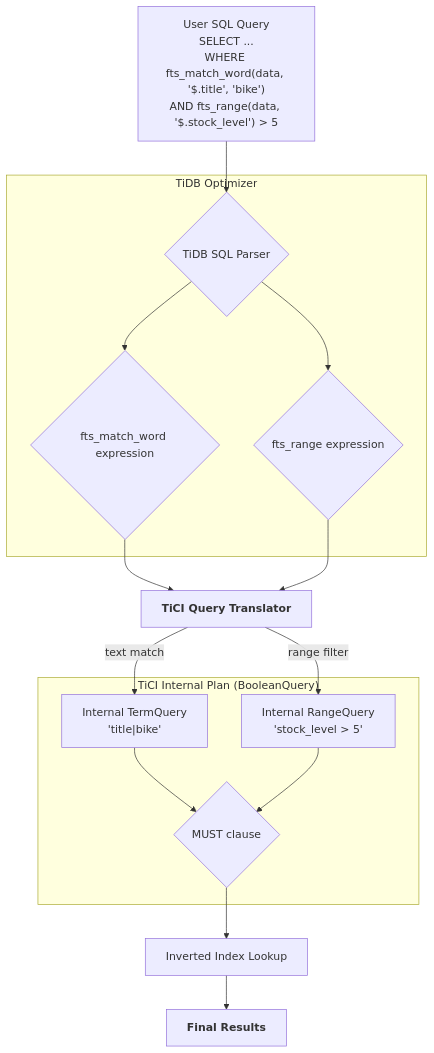
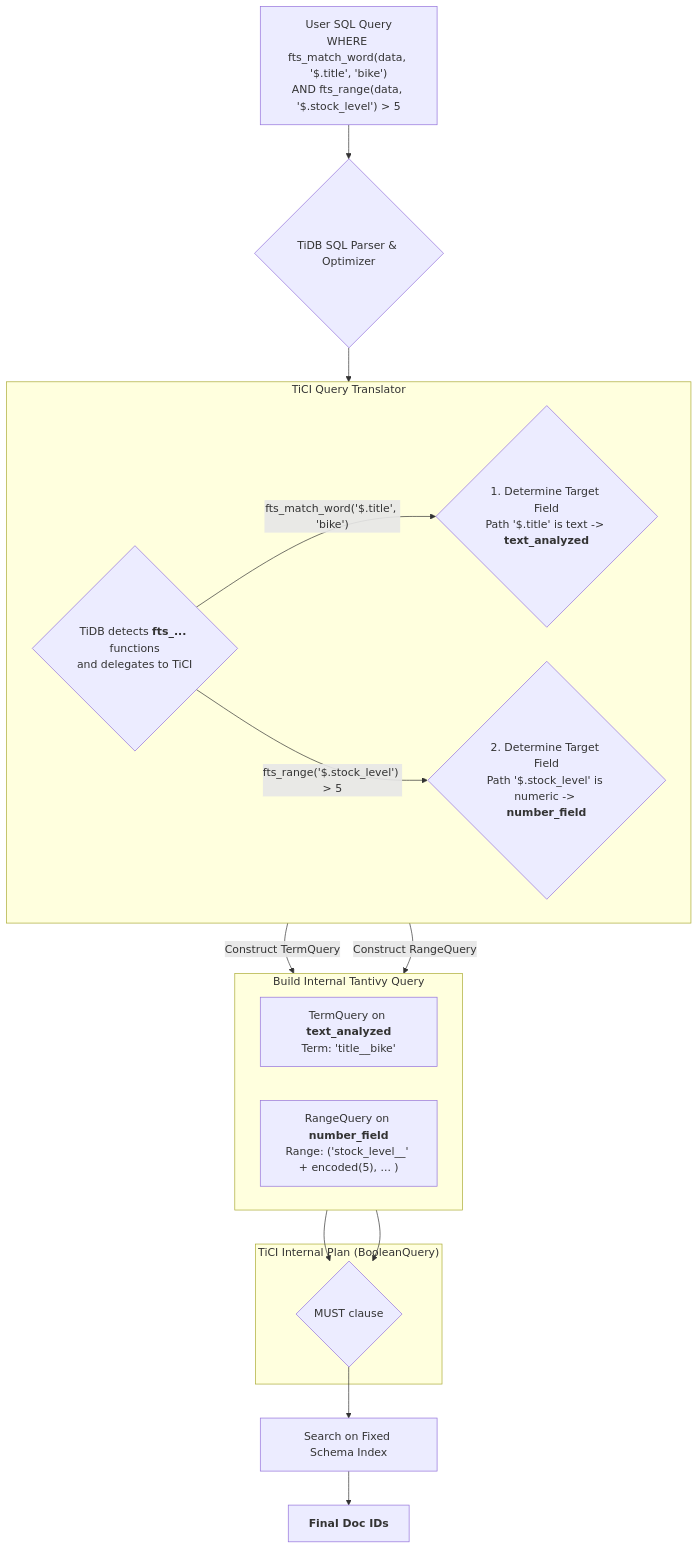
One commit to kolafish/tantivy changed the second of 3 diagrams in TiCI_JSON_Support_Proposal.md. Above: the diagram before and after it, drawn with Mermaid. The commit also changed other lines of this file, not shown here.

````diff
--- a/TiCI_JSON_Support_Proposal.md
+++ b/TiCI_JSON_Support_Proposal.md
@@ -165,22 +182,26 @@
 ```mermaid
 graph TD
-    A["User SQL Query<br/>SELECT ...<br/>WHERE fts_match_word(data, '$.title', 'bike')<br/>AND fts_range(data, '$.stock_level') > 5"] --> B{"TiDB SQL Parser"};
+    A["User SQL Query<br/>WHERE fts_match_word(data, '$.title', 'bike')<br/>AND fts_range(data, '$.stock_level') > 5"] --> B{"TiDB SQL Parser & Optimizer"};
     
-    subgraph "TiDB Optimizer"
-      B --> C{"fts_match_word expression"};
-      B --> D{"fts_range expression"};
+    B --> C{"TiDB detects <b>fts_...</b> functions<br/>and delegates to TiCI"};
+
+    subgraph "TiCI Query Translator"
+        direction LR
+        C -- "fts_match_word('$.title', 'bike')" --> D{"1. Determine Target Field<br>Path '$.title' is text -> <b>text_analyzed</b>"}
+        C -- "fts_range('$.stock_level') > 5" --> E{"2. Determine Target Field<br>Path '$.stock_level' is numeric -> <b>number_field</b>"}
+    end
+
+    subgraph "Build Internal Tantivy Query"
+        direction LR
+        D -- "Construct TermQuery" --> F["TermQuery on <b>text_analyzed</b><br>Term: 'title__bike'"]
+        E -- "Construct RangeQuery" --> G["RangeQuery on <b>number_field</b><br>Range: ('stock_level__' + encoded(5), ... )"]
     end
     
-    C & D --> E["<strong>TiCI Query Translator</strong>"];
-    
-    E -- "text match" --> F["Internal TermQuery<br/>'title|bike'"];
-    E -- "range filter" --> G["Internal RangeQuery<br/>'stock_level > 5'"];
-
     subgraph "TiCI Internal Plan (BooleanQuery)"
-        F --> H{MUST clause};
-        G --> H;
+        F --> H{MUST clause}
+        G --> H
     end
     
-    H --> I[Inverted Index Lookup];
-    I --> J[<B>Final Results</B>];
+    H --> I["Search on Fixed Schema Index"];
+    I --> J["<B>Final Doc IDs</B>"];
 ```
````
